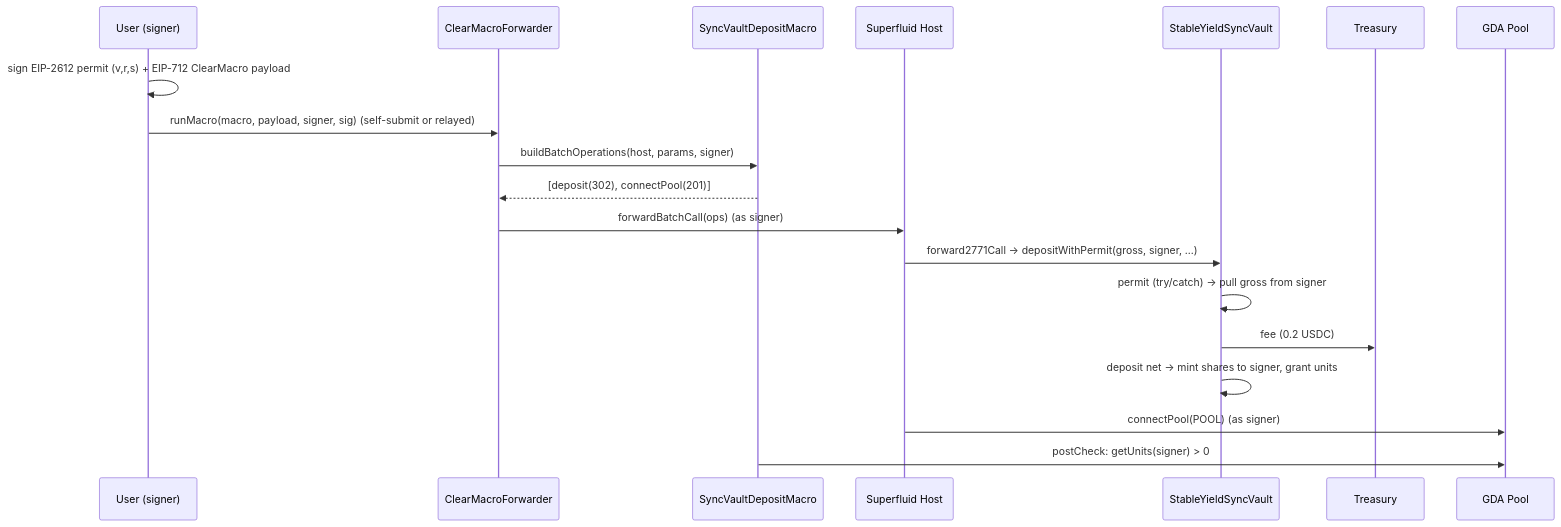
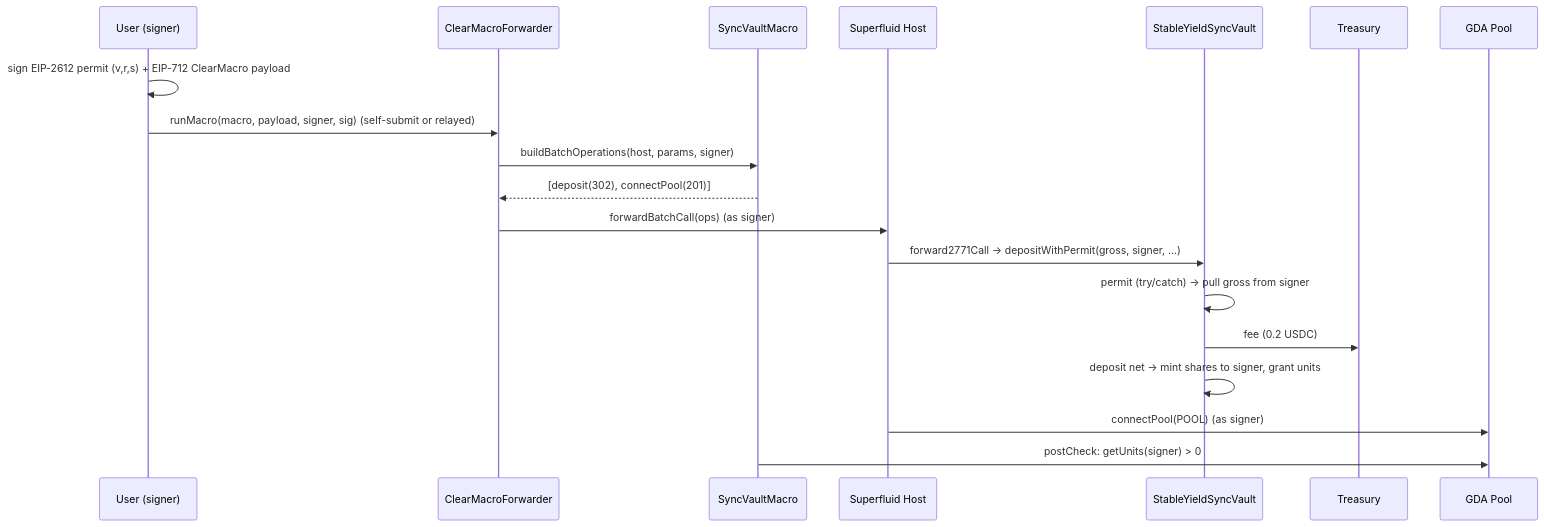
The diagram in docs/sync-vault/flow/batched-deposit-flow.md (superfluid-org/stable-yield-vault), drawn with Mermaid before and after one commit. The commit also changed other lines of this file and 4 other files, not shown here.

Commit message:
feat: revisit SyncVaultMacro to include redeem operation

````diff
--- a/docs/sync-vault/flow/batched-deposit-flow.md
+++ b/docs/sync-vault/flow/batched-deposit-flow.md
@@ -49,22 +49,22 @@
 ```mermaid
 sequenceDiagram
     participant U as User (signer)
     participant F as ClearMacroForwarder
-    participant M as SyncVaultDepositMacro
+    participant M as SyncVaultMacro
     participant H as Superfluid Host
     participant V as StableYieldSyncVault
     participant T as Treasury
     participant P as GDA Pool
 
     U->>U: sign EIP-2612 permit (v,r,s) + EIP-712 ClearMacro payload
     U->>F: runMacro(macro, payload, signer, sig)   (self-submit or relayed)
     F->>M: buildBatchOperations(host, params, signer)
     M-->>F: [deposit(302), connectPool(201)]
     F->>H: forwardBatchCall(ops)   (as signer)
     H->>V: forward2771Call → depositWithPermit(gross, signer, …)
     V->>V: permit (try/catch) → pull gross from signer
     V->>T: fee (0.2 USDC)
     V->>V: deposit net → mint shares to signer, grant units
     H->>P: connectPool(POOL)   (as signer)
     M->>P: postCheck: getUnits(signer) > 0
 ```
````
